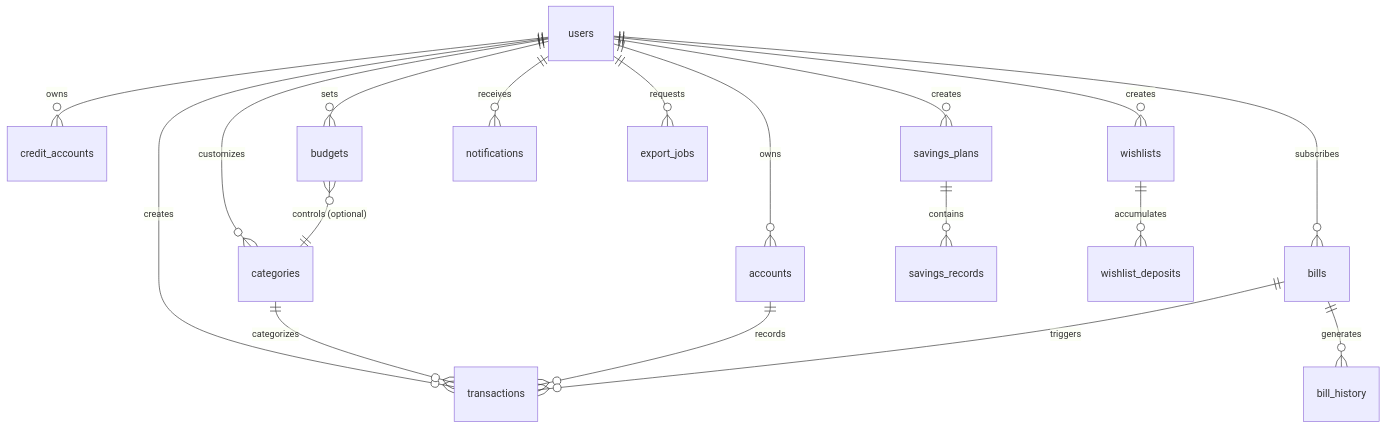
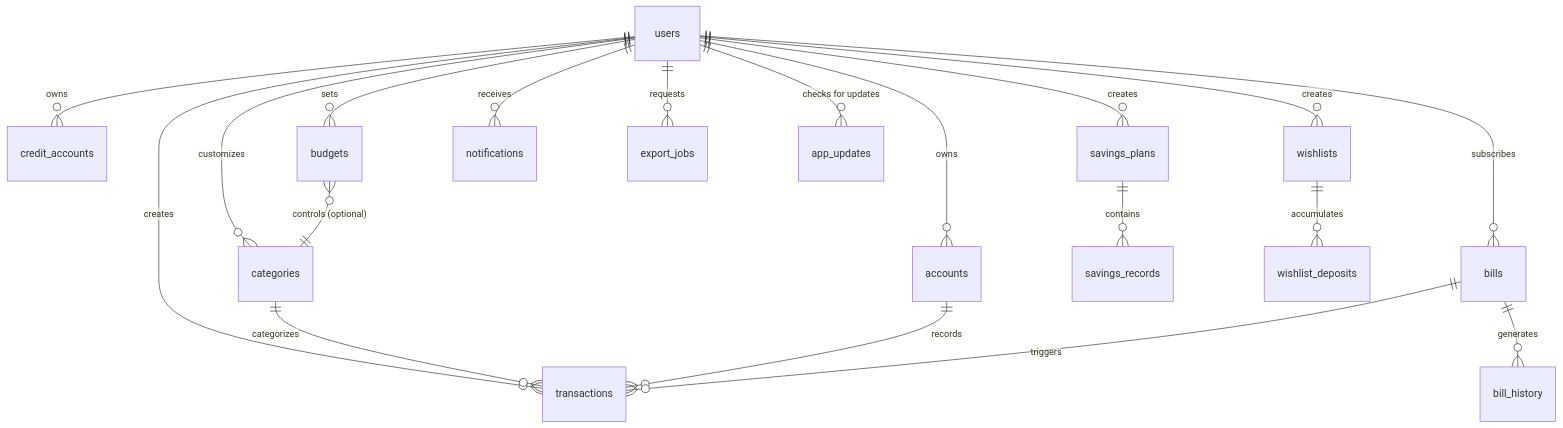
Before and after one commit to qishenonly/float: the diagram in design/db/db.md, drawn with Mermaid. The commit also changed other lines of this file and 3 other files, not shown here.

Commit message:
feat: Initialize backend Go module and add initial API, architecture, and updated DB design documents.

````diff
--- a/design/db/db.md
+++ b/design/db/db.md
@@ -714,25 +772,27 @@
 ```mermaid
 erDiagram
     users ||--o{ transactions : creates
     users ||--o{ accounts : owns
     users ||--o{ credit_accounts : owns
     users ||--o{ categories : customizes
     users ||--o{ bills : subscribes
     users ||--o{ savings_plans : creates
     users ||--o{ wishlists : creates
     users ||--o{ budgets : sets
     users ||--o{ notifications : receives
     users ||--o{ export_jobs : requests
     
     categories ||--o{ transactions : categorizes
     accounts ||--o{ transactions : records
     
     bills ||--o{ bill_history : generates
     bills ||--o{ transactions : triggers
     
     savings_plans ||--o{ savings_records : contains
     
     wishlists ||--o{ wishlist_deposits : accumulates
     
     budgets }o--|| categories : "controls (optional)"
+    
+    users ||--o{ app_updates : "checks for updates"
 ```
````
